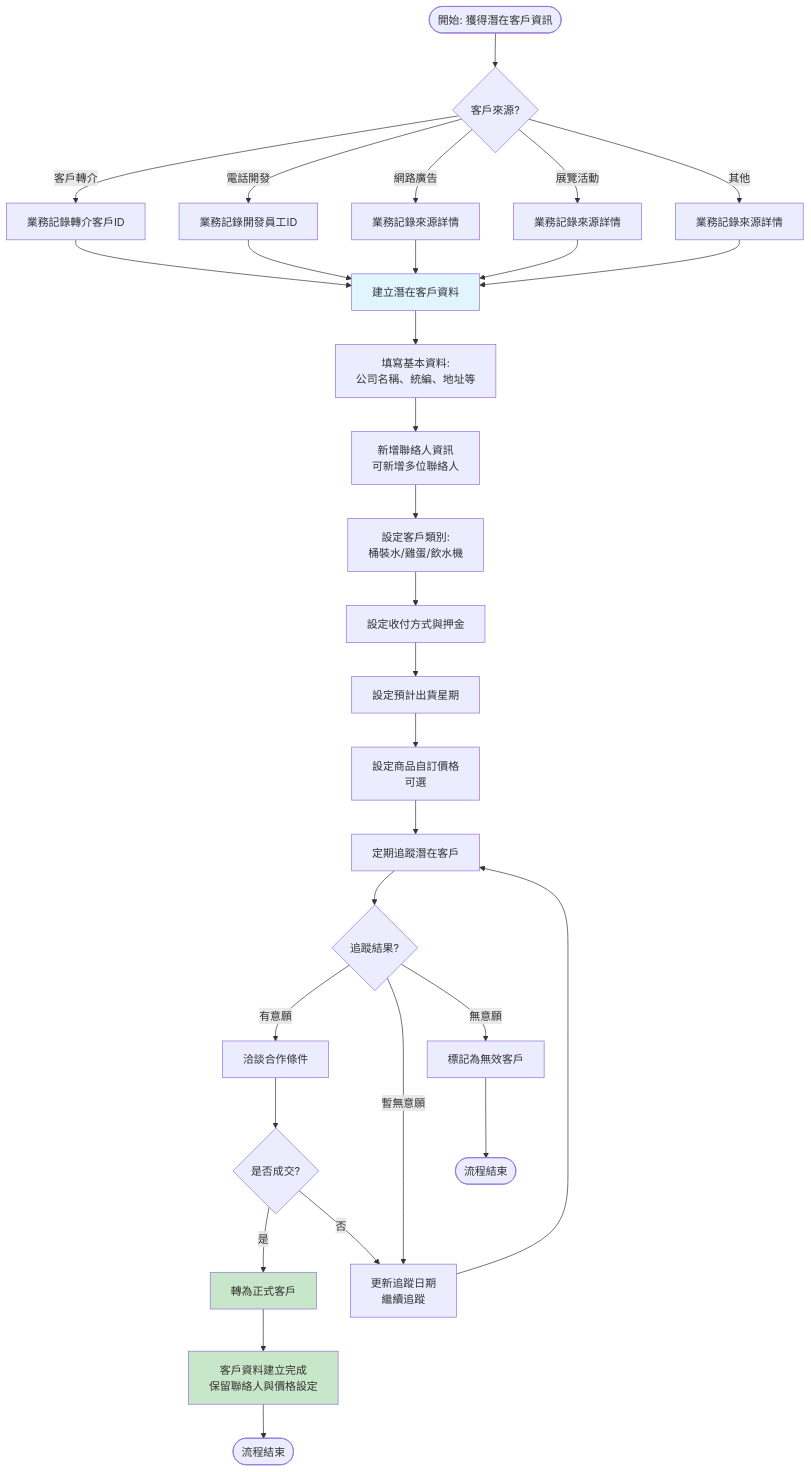
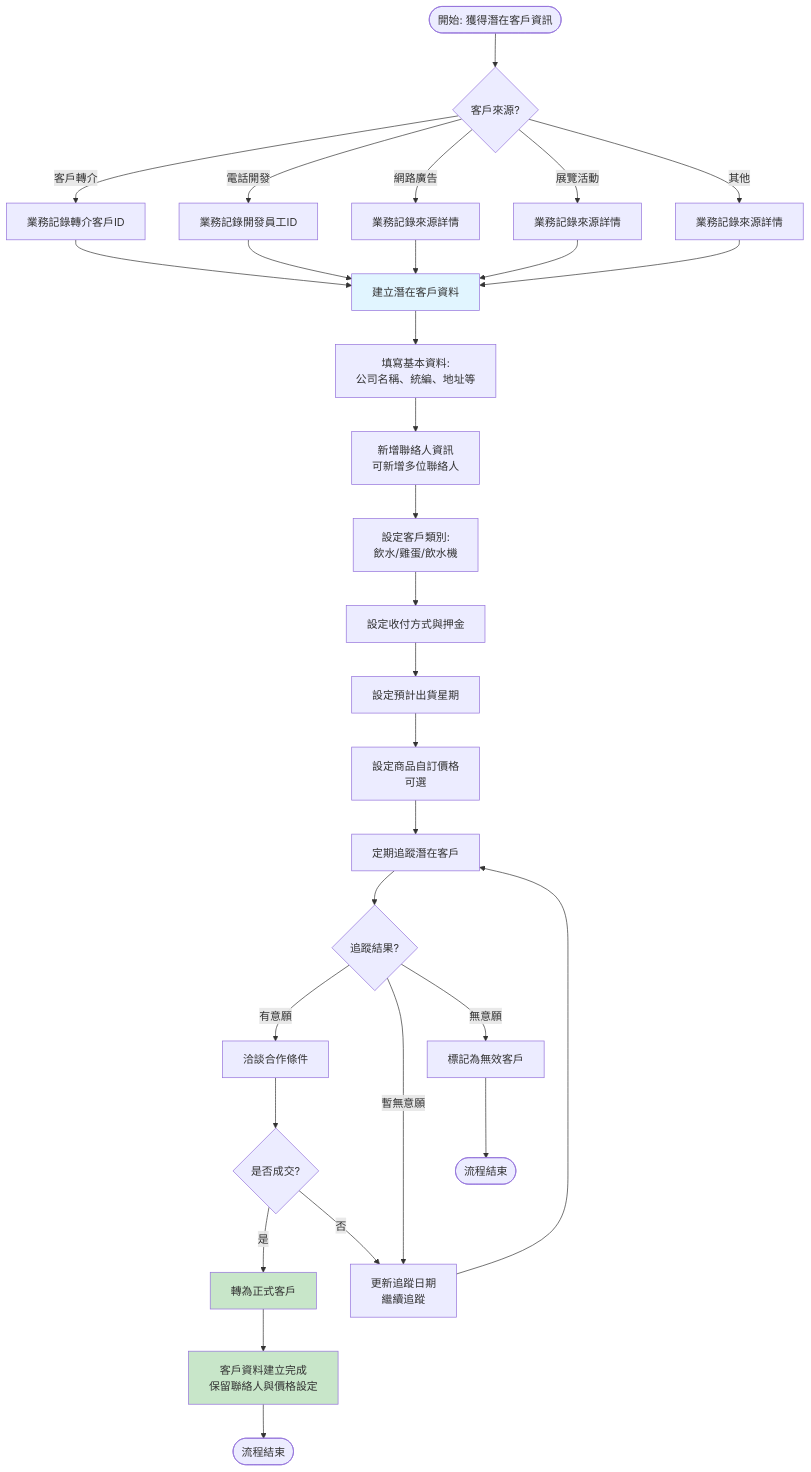
One commit to krytabo/egg_crm_vue changed the first of 5 diagrams in src/docs/Business-Process-Flowchart.md. Above: the diagram before and after it, drawn with Mermaid. The commit also changed 50 other files, not shown here.

````diff
--- a/src/docs/Business-Process-Flowchart.md
+++ b/src/docs/Business-Process-Flowchart.md
@@ -9,44 +9,44 @@
 ```mermaid
 flowchart TD
     Start([開始: 獲得潛在客戶資訊]) --> Source{客戶來源?}
     
     Source -->|客戶轉介| Referral[業務記錄轉介客戶ID]
     Source -->|電話開發| TeleDev[業務記錄開發員工ID]
     Source -->|網路廣告| WebAd[業務記錄來源詳情]
     Source -->|展覽活動| Exhibition[業務記錄來源詳情]
     Source -->|其他| Other[業務記錄來源詳情]
     
     Referral --> CreatePotential[建立潛在客戶資料]
     TeleDev --> CreatePotential
     WebAd --> CreatePotential
     Exhibition --> CreatePotential
     Other --> CreatePotential
     
     CreatePotential --> FillBasicInfo[填寫基本資料:<br/>公司名稱、統編、地址等]
     FillBasicInfo --> AddContacts[新增聯絡人資訊<br/>可新增多位聯絡人]
-    AddContacts --> SetCategory[設定客戶類別:<br/>桶裝水/雞蛋/飲水機]
+    AddContacts --> SetCategory[設定客戶類別:<br/>飲水/雞蛋/飲水機]
     SetCategory --> SetPayment[設定收付方式與押金]
     SetPayment --> SetDelivery[設定預計出貨星期]
     SetDelivery --> SetCustomPrice[設定商品自訂價格<br/>可選]
     
     SetCustomPrice --> Track[定期追蹤潛在客戶]
     Track --> TrackResult{追蹤結果?}
     
     TrackResult -->|有意願| Negotiate[洽談合作條件]
     TrackResult -->|暫無意願| UpdateTrack[更新追蹤日期<br/>繼續追蹤]
     TrackResult -->|無意願| Archive[標記為無效客戶]
     
     UpdateTrack --> Track
     
     Negotiate --> Convert{是否成交?}
     Convert -->|是| ConvertToCustomer[轉為正式客戶]
     Convert -->|否| UpdateTrack
     
     ConvertToCustomer --> CustomerCreated[客戶資料建立完成<br/>保留聯絡人與價格設定]
     CustomerCreated --> End1([流程結束])
     Archive --> End2([流程結束])
     
     style CreatePotential fill:#e1f5ff
     style ConvertToCustomer fill:#c8e6c9
     style CustomerCreated fill:#c8e6c9
 ```
````
